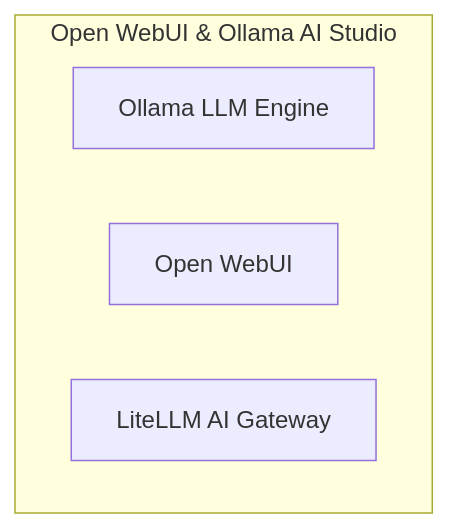
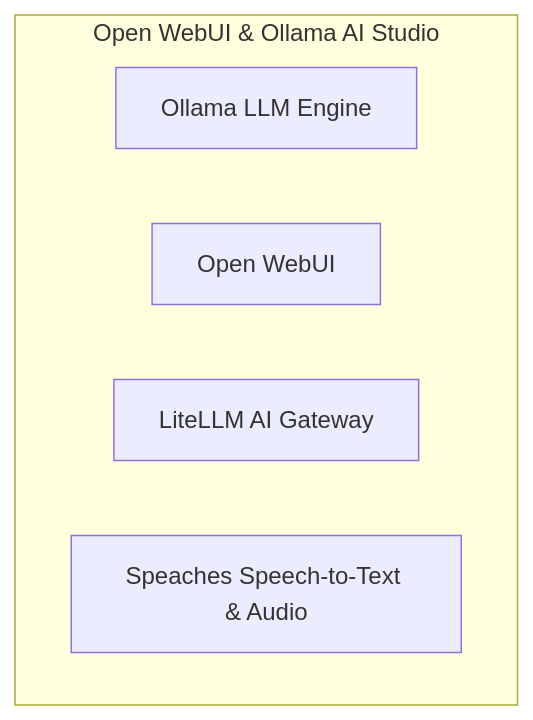
Before and after one commit to HenkVanHoek/njord-deploy-components: the diagram in stacks/open-webui-ollama/README.md, drawn with Mermaid. The commit also changed other lines of this file and 12 other files, not shown here.

````diff
--- a/stacks/open-webui-ollama/README.md
+++ b/stacks/open-webui-ollama/README.md
@@ -25,8 +26,9 @@
 ```mermaid
 flowchart TD
     subgraph Stack ["Open WebUI & Ollama AI Studio"]
         ollama["Ollama LLM Engine"]
         open-webui["Open WebUI"]
         litellm["LiteLLM AI Gateway"]
+        speaches["Speaches Speech-to-Text & Audio"]
     end
 ```
````
